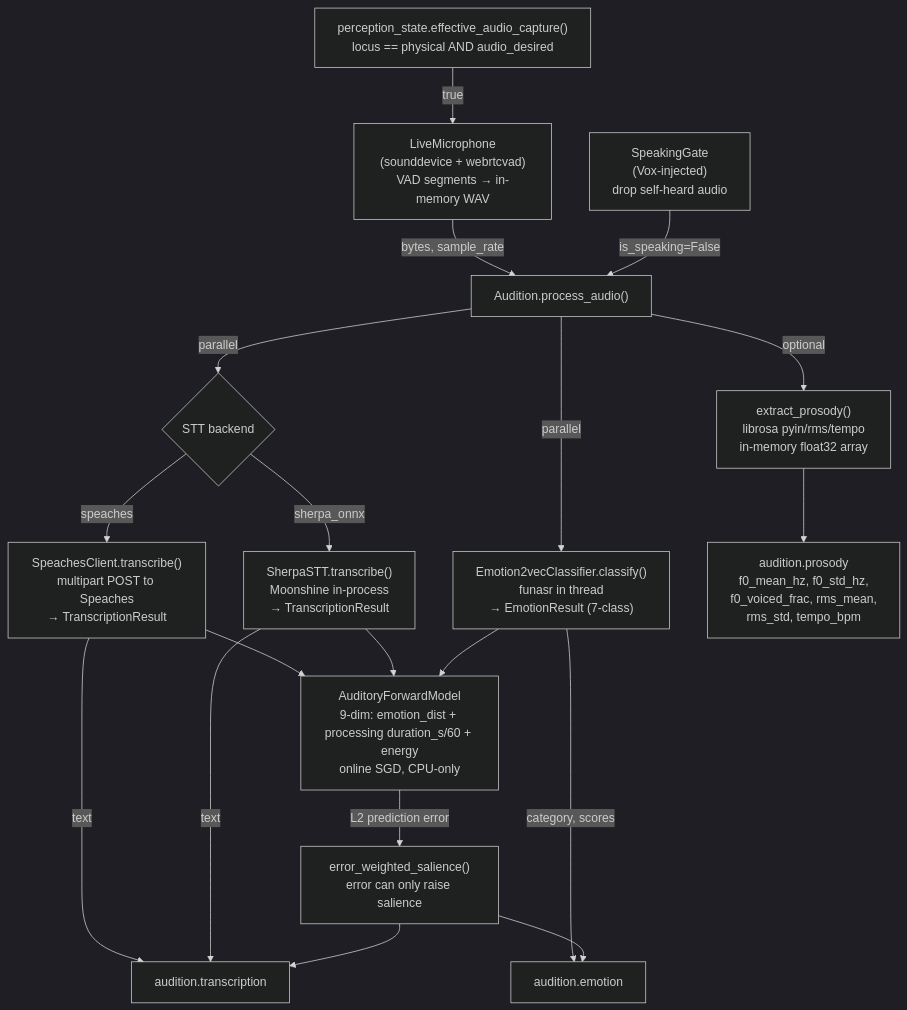
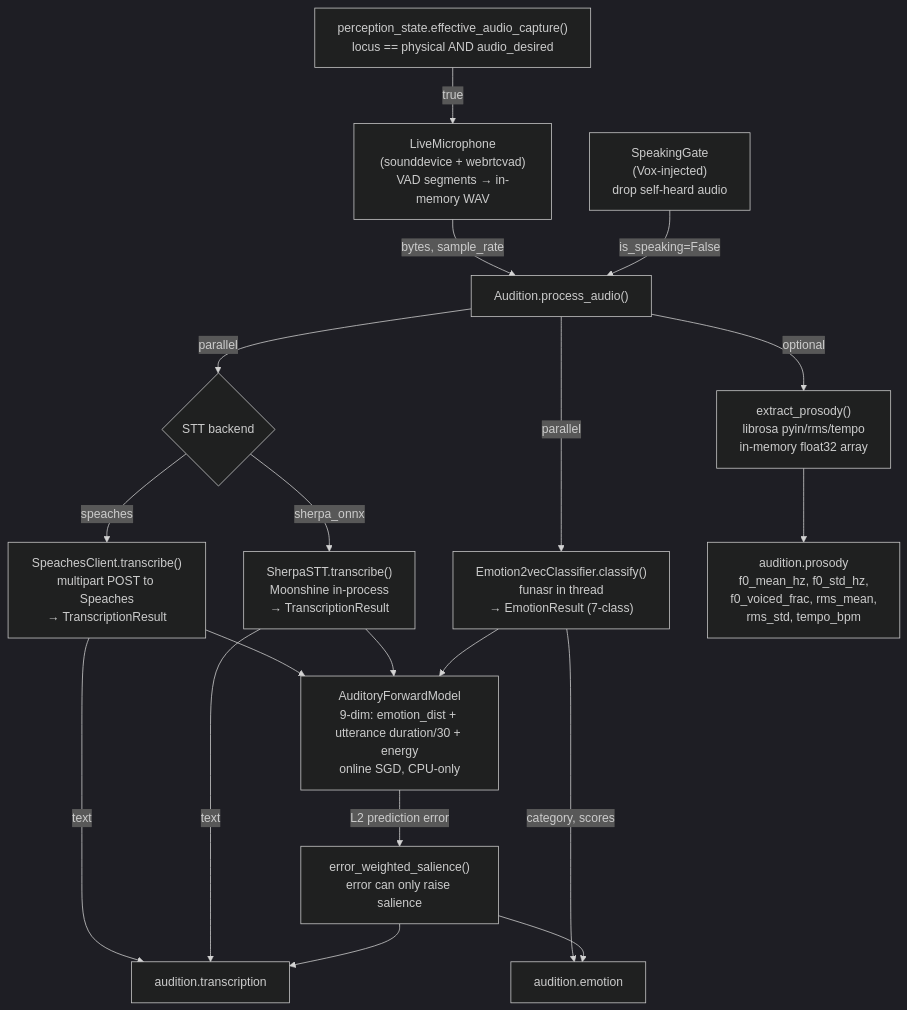
Before and after one commit to kaineone/kaine: the diagram in docs/09-modules/audition.md, drawn with Mermaid (dark theme). The commit also changed other lines of this file and 9 other files, not shown here.

First line of the commit message:
fix(audition): apply the arousal window, use utterance duration, distinct spectral bands (#427)

````diff
--- a/docs/09-modules/audition.md
+++ b/docs/09-modules/audition.md
@@ -148,28 +148,28 @@
 ```mermaid
 graph TD
     Mic["LiveMicrophone<br/>(sounddevice + webrtcvad)<br/>VAD segments → in-memory WAV"]
     LocusGate["perception_state.effective_audio_capture()<br/>locus == physical AND audio_desired"]
     SpeakingGate["SpeakingGate<br/>(Vox-injected)<br/>drop self-heard audio"]
     LocusGate -->|true| Mic
     Mic -->|bytes, sample_rate| ProcessAudio["Audition.process_audio()"]
     SpeakingGate -->|is_speaking=False| ProcessAudio
 
     ProcessAudio -->|parallel| Emo["Emotion2vecClassifier.classify()<br/>funasr in thread<br/>→ EmotionResult (7-class)"]
     ProcessAudio -->|parallel| STT{"STT backend"}
     STT -->|speaches| Speaches["SpeachesClient.transcribe()<br/>multipart POST to Speaches<br/>→ TranscriptionResult"]
     STT -->|sherpa_onnx| Sherpa["SherpaSTT.transcribe()<br/>Moonshine in-process<br/>→ TranscriptionResult"]
 
     Speaches --> FwdModel
     Sherpa --> FwdModel
-    Emo --> FwdModel["AuditoryForwardModel<br/>9-dim: emotion_dist + processing duration_s/60 + energy<br/>online SGD, CPU-only"]
+    Emo --> FwdModel["AuditoryForwardModel<br/>9-dim: emotion_dist + utterance duration/30 + energy<br/>online SGD, CPU-only"]
     FwdModel -->|L2 prediction error| SalBlend["error_weighted_salience()<br/>error can only raise salience"]
 
     Speaches -->|text| TranscriptionEvent["audition.transcription"]
     Sherpa -->|text| TranscriptionEvent
     Emo -->|category, scores| EmotionEvent["audition.emotion"]
     SalBlend --> TranscriptionEvent
     SalBlend --> EmotionEvent
 
     ProcessAudio -->|optional| Prosody["extract_prosody()<br/>librosa pyin/rms/tempo<br/>in-memory float32 array"]
     Prosody --> ProsodyEvent["audition.prosody<br/>f0_mean_hz, f0_std_hz,<br/>f0_voiced_frac, rms_mean,<br/>rms_std, tempo_bpm"]
 ```
````
